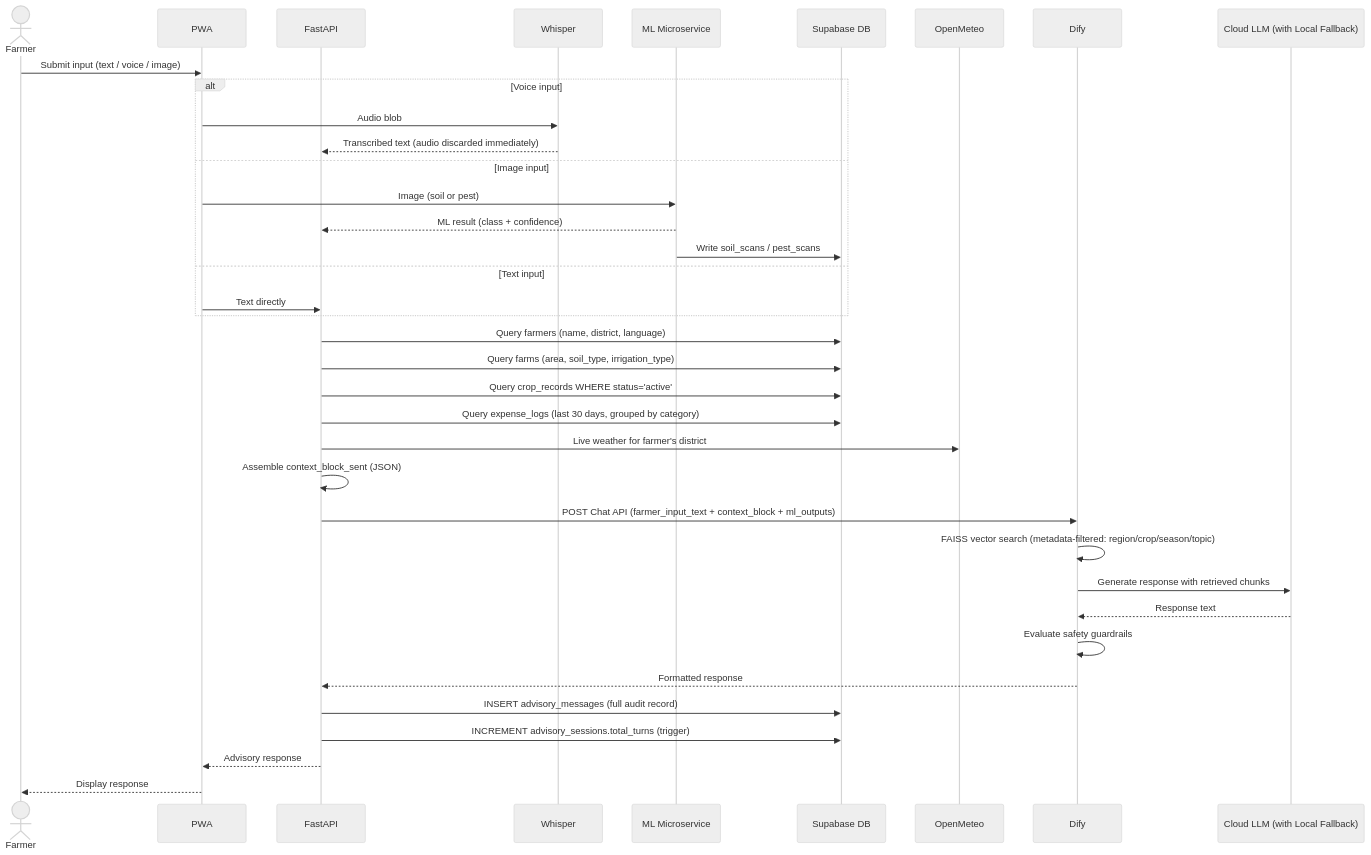
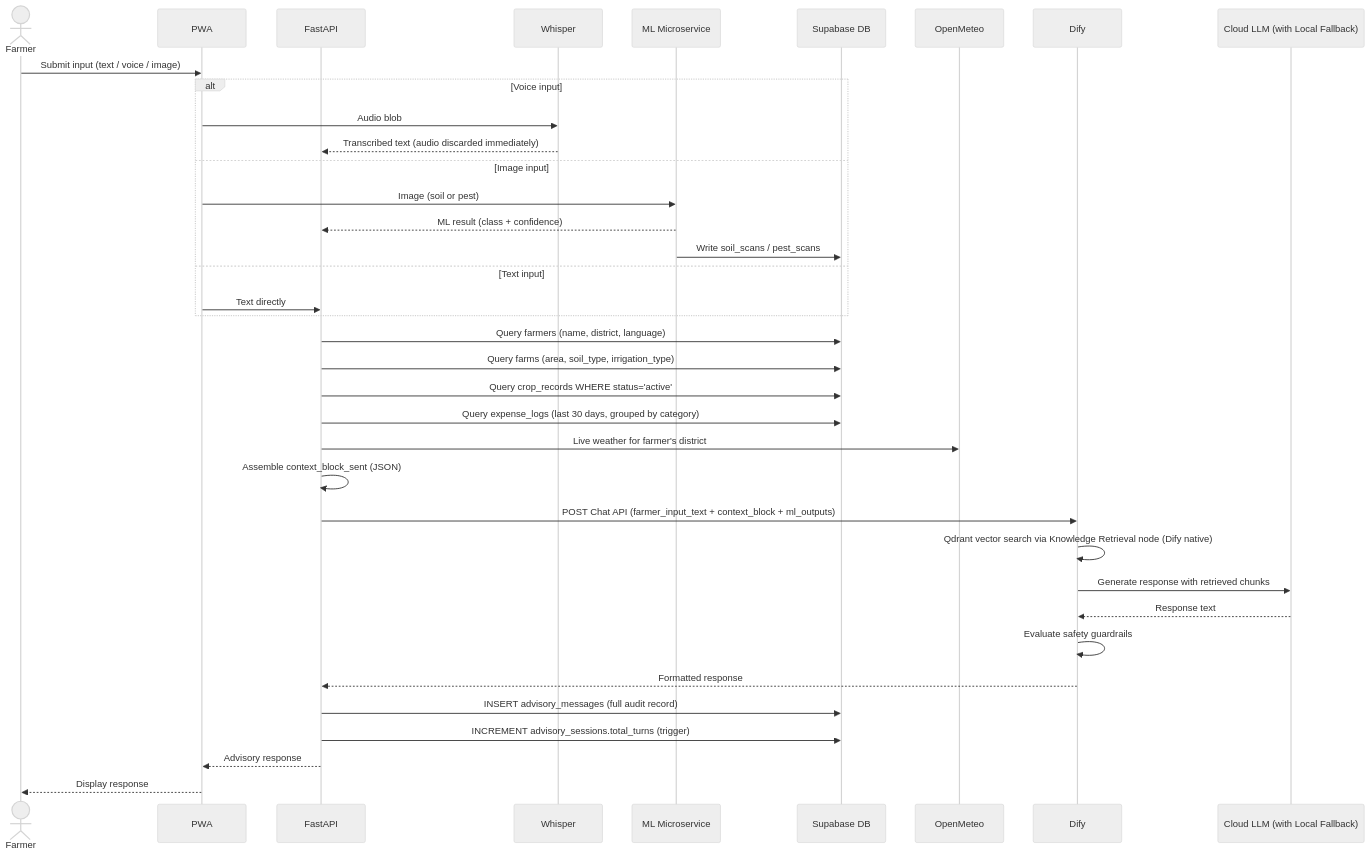
Before and after one commit to spark-456/krishi-sakhi: the second of 9 diagrams in docs/solution.md, drawn with Mermaid (neutral theme). The commit also changed other lines of this file and 1673 other files, not shown here.

````diff
--- a/docs/solution.md
+++ b/docs/solution.md
@@ -79,46 +79,46 @@
 ```mermaid
 sequenceDiagram
     actor Farmer
     participant PWA
     participant FastAPI
     participant Whisper
     participant MLService as ML Microservice
     participant SupaDB as Supabase DB
     participant OpenMeteo
     participant Dify
     participant LLM as Cloud LLM (with Local Fallback)
 
     Farmer->>PWA: Submit input (text / voice / image)
 
     alt Voice input
         PWA->>Whisper: Audio blob
         Whisper-->>FastAPI: Transcribed text (audio discarded immediately)
     else Image input
         PWA->>MLService: Image (soil or pest)
         MLService-->>FastAPI: ML result (class + confidence)
         MLService->>SupaDB: Write soil_scans / pest_scans
     else Text input
         PWA->>FastAPI: Text directly
     end
 
     FastAPI->>SupaDB: Query farmers (name, district, language)
     FastAPI->>SupaDB: Query farms (area, soil_type, irrigation_type)
     FastAPI->>SupaDB: Query crop_records WHERE status='active'
     FastAPI->>SupaDB: Query expense_logs (last 30 days, grouped by category)
     FastAPI->>OpenMeteo: Live weather for farmer's district
 
     FastAPI->>FastAPI: Assemble context_block_sent (JSON)
 
     FastAPI->>Dify: POST Chat API (farmer_input_text + context_block + ml_outputs)
-    Dify->>Dify: FAISS vector search (metadata-filtered: region/crop/season/topic)
+    Dify->>Dify: Qdrant vector search via Knowledge Retrieval node (Dify native)
     Dify->>LLM: Generate response with retrieved chunks
     LLM-->>Dify: Response text
     Dify->>Dify: Evaluate safety guardrails
     Dify-->>FastAPI: Formatted response
 
     FastAPI->>SupaDB: INSERT advisory_messages (full audit record)
     FastAPI->>SupaDB: INCREMENT advisory_sessions.total_turns (trigger)
     FastAPI-->>PWA: Advisory response
 
     PWA-->>Farmer: Display response
 ```
````
